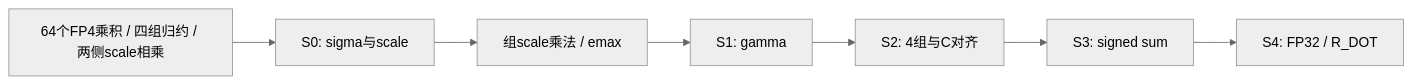
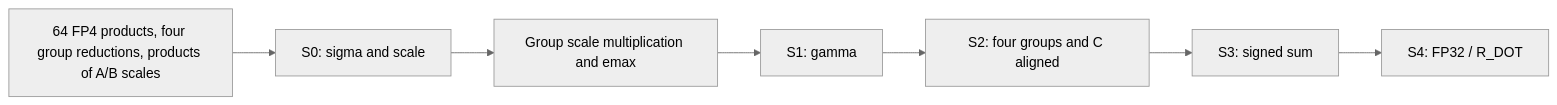
Before and after one commit to yuhin777/Allegro: the diagram in doc/rtl_specs/dot/blackwell_fp4_dot.md, drawn with Mermaid (neutral theme). The commit also changed other lines of this file and 45 other files, not shown here.

````diff
--- a/doc/rtl_specs/dot/blackwell_fp4_dot.md
+++ b/doc/rtl_specs/dot/blackwell_fp4_dot.md
@@ -14,9 +14,9 @@
 ```mermaid
 flowchart LR
-  I[64个FP4乘积 / 四组归约 / 两侧scale相乘] --> S0[S0: sigma与scale]
-  S0 --> G[组scale乘法 / emax]
+  I["64 FP4 products, four group reductions, products of A/B scales"] --> S0["S0: sigma and scale"]
+  S0 --> G["Group scale multiplication and emax"]
   G --> S1[S1: gamma]
-  S1 --> S2[S2: 4组与C对齐]
+  S1 --> S2["S2: four groups and C aligned"]
   S2 --> S3[S3: signed sum]
   S3 --> S4[S4: FP32 / R_DOT]
 ```
````
